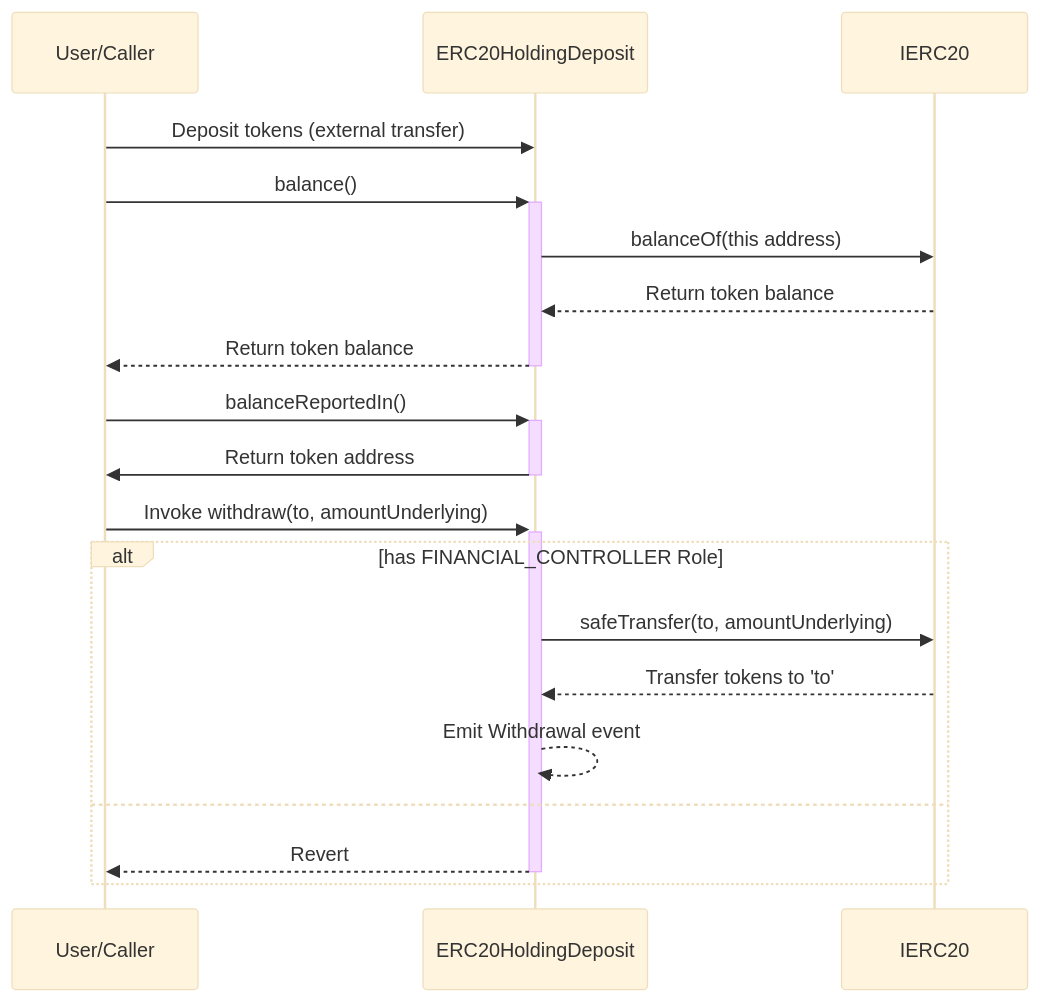
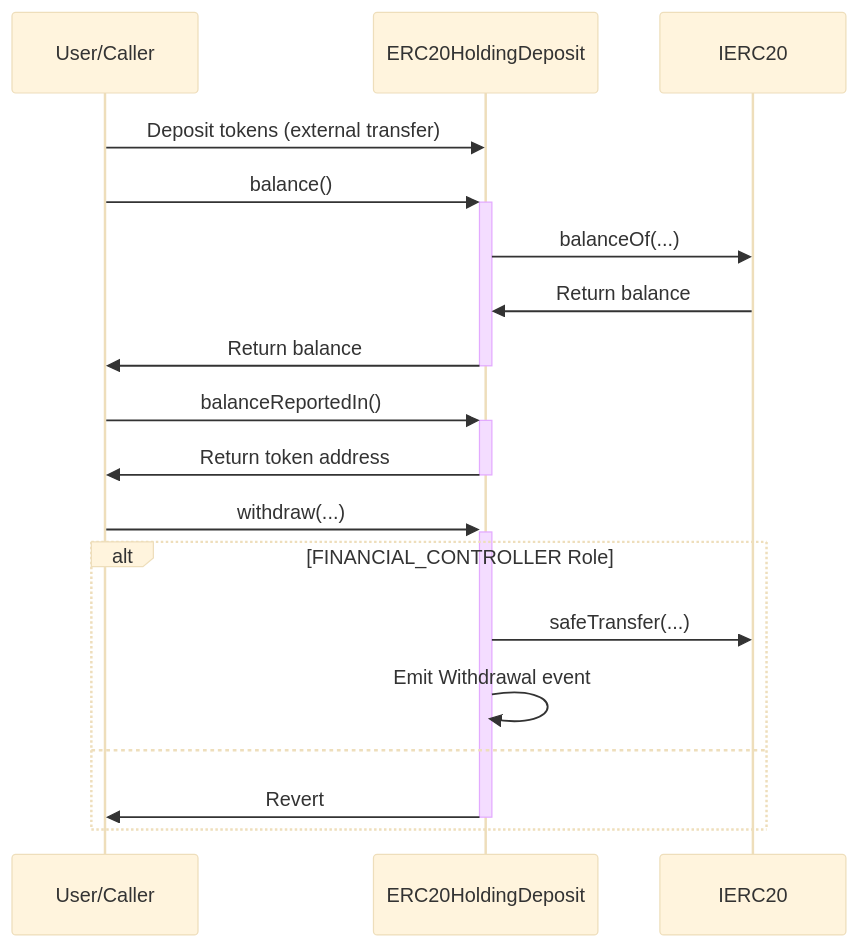
One commit to ZTX-Foundation/tuxedo changed the second of 2 diagrams in doc/contracts/finance/ERC20HoldingDeposit.md. Above: the diagram before and after it, drawn with Mermaid (base theme). The commit also changed 17 other files, not shown here.

````diff
--- a/doc/contracts/finance/ERC20HoldingDeposit.md
+++ b/doc/contracts/finance/ERC20HoldingDeposit.md
@@ -20,25 +20,24 @@
 ```mermaid
 sequenceDiagram
     participant User as User/Caller
     participant ERC20HoldingDeposit
     participant IERC20
 
     User->>ERC20HoldingDeposit: Deposit tokens (external transfer)
 
     User->>+ERC20HoldingDeposit: balance()
-    ERC20HoldingDeposit->>IERC20: balanceOf(this address)
-    IERC20-->>ERC20HoldingDeposit: Return token balance
-    ERC20HoldingDeposit-->>-User: Return token balance
+    ERC20HoldingDeposit->>IERC20: balanceOf(...)
+    IERC20->>ERC20HoldingDeposit: Return balance
+    ERC20HoldingDeposit->>-User: Return balance
     
     User->>+ERC20HoldingDeposit: balanceReportedIn()
     ERC20HoldingDeposit->>-User: Return token address
 
-    User->>+ERC20HoldingDeposit: Invoke withdraw(to, amountUnderlying)
-    alt has FINANCIAL_CONTROLLER Role
-        ERC20HoldingDeposit->>IERC20: safeTransfer(to, amountUnderlying)
-        IERC20-->>ERC20HoldingDeposit: Transfer tokens to 'to'
-        ERC20HoldingDeposit-->>ERC20HoldingDeposit: Emit Withdrawal event
+    User->>+ERC20HoldingDeposit: withdraw(...)
+    alt FINANCIAL_CONTROLLER Role
+        ERC20HoldingDeposit->>IERC20: safeTransfer(...)
+        ERC20HoldingDeposit->>ERC20HoldingDeposit: Emit Withdrawal event
     else
-        ERC20HoldingDeposit-->>-User: Revert
+        ERC20HoldingDeposit->>-User: Revert
     end 
 ```
````
